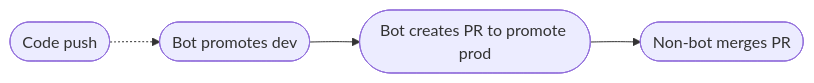
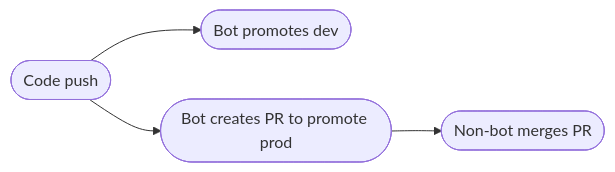
The diagram in README.md (slarwise/version-promote), drawn with Mermaid before and after one commit.

Commit message:
[skip ci]: Pretend we're async

````diff
--- a/README.md
+++ b/README.md
@@ -17,6 +17,6 @@
 ```mermaid
 flowchart LR
-    A([Code push]) -.-> B([Bot promotes dev])
-    B --> C([Bot creates PR to promote prod])
+    A([Code push]) --> B([Bot promotes dev])
+    A --> C([Bot creates PR to promote prod])
     C --> D([Non-bot merges PR])
 ```
````
